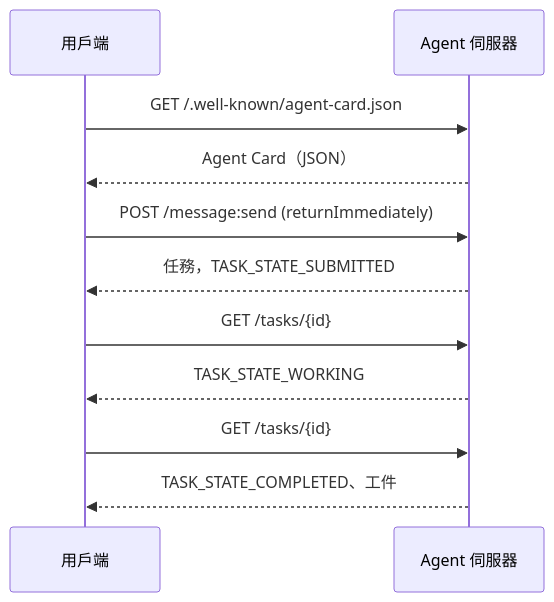
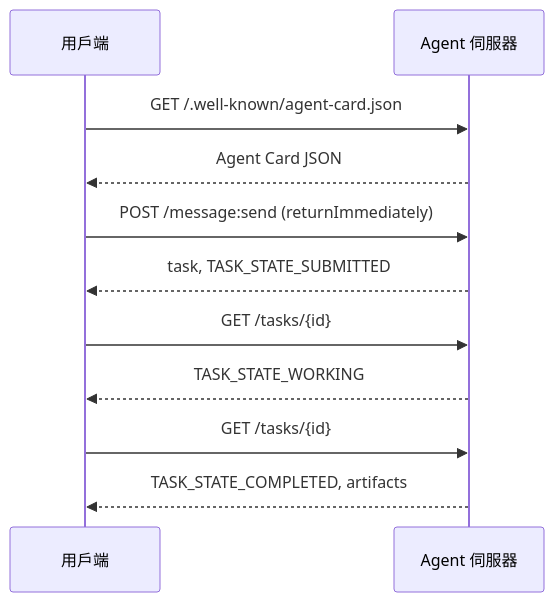
Before and after one commit to edward821220/ai-engineering-from-scratch: the diagram in i18n/zh-TW/phases/16-multi-agent-and-swarms/12-a2a-protocol/docs/zh-TW.md, drawn with Mermaid. The commit also changed 3 other files, not shown here.

Commit message:
fix(i18n): zh-TW p16 checker cleanup (mermaid edges + URL spans)

````diff
--- a/i18n/zh-TW/phases/16-multi-agent-and-swarms/12-a2a-protocol/docs/zh-TW.md
+++ b/i18n/zh-TW/phases/16-multi-agent-and-swarms/12-a2a-protocol/docs/zh-TW.md
@@ -78,13 +78,13 @@
 ```mermaid
 sequenceDiagram
     participant C as 用戶端
     participant S as Agent 伺服器
     C->>S: GET /.well-known/agent-card.json
-    S-->>C: Agent Card（JSON）
+    S-->>C: Agent Card JSON
     C->>S: POST /message:send (returnImmediately)
-    S-->>C: 任務，TASK_STATE_SUBMITTED
+    S-->>C: task, TASK_STATE_SUBMITTED
     C->>S: GET /tasks/{id}
     S-->>C: TASK_STATE_WORKING
     C->>S: GET /tasks/{id}
-    S-->>C: TASK_STATE_COMPLETED、工件
+    S-->>C: TASK_STATE_COMPLETED, artifacts
 ```
````
